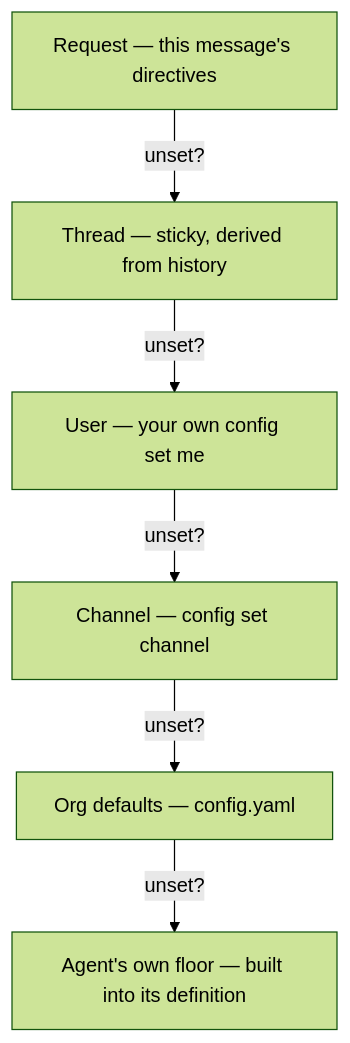
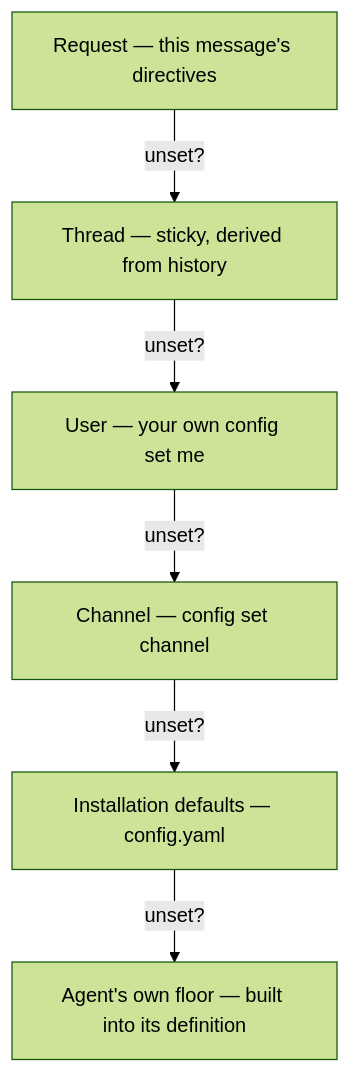
One commit to coreplanelabs/switchboard changed the diagram in docs/explanation/config-layers.md. Above: the diagram before and after it, drawn with Mermaid (forest theme). The commit also changed other lines of this file and 41 other files, not shown here.

````diff
--- a/docs/explanation/config-layers.md
+++ b/docs/explanation/config-layers.md
@@ -5,9 +5,9 @@
 ```mermaid
 flowchart TD
     RQ["Request — this message's directives"] -->|unset?| TH
     TH["Thread — sticky, derived from history"] -->|unset?| US
     US["User — your own config set me"] -->|unset?| CH
     CH["Channel — config set channel"] -->|unset?| DF
-    DF["Org defaults — config.yaml"] -->|unset?| AG
+    DF["Installation defaults — config.yaml"] -->|unset?| AG
     AG["Agent's own floor — built into its definition"]
 ```
````
